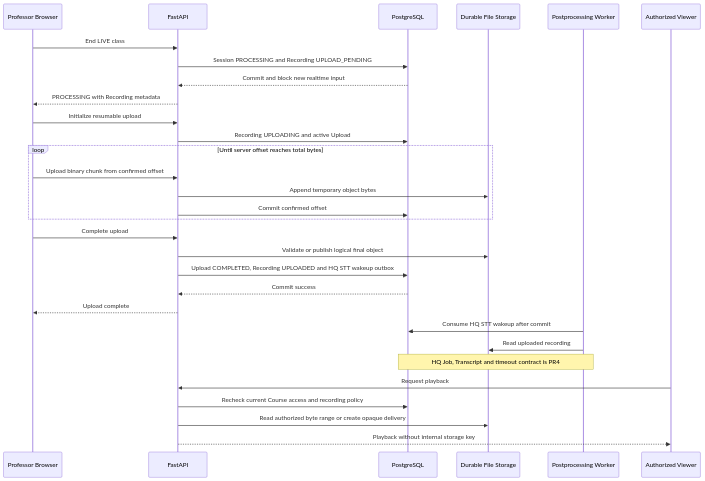
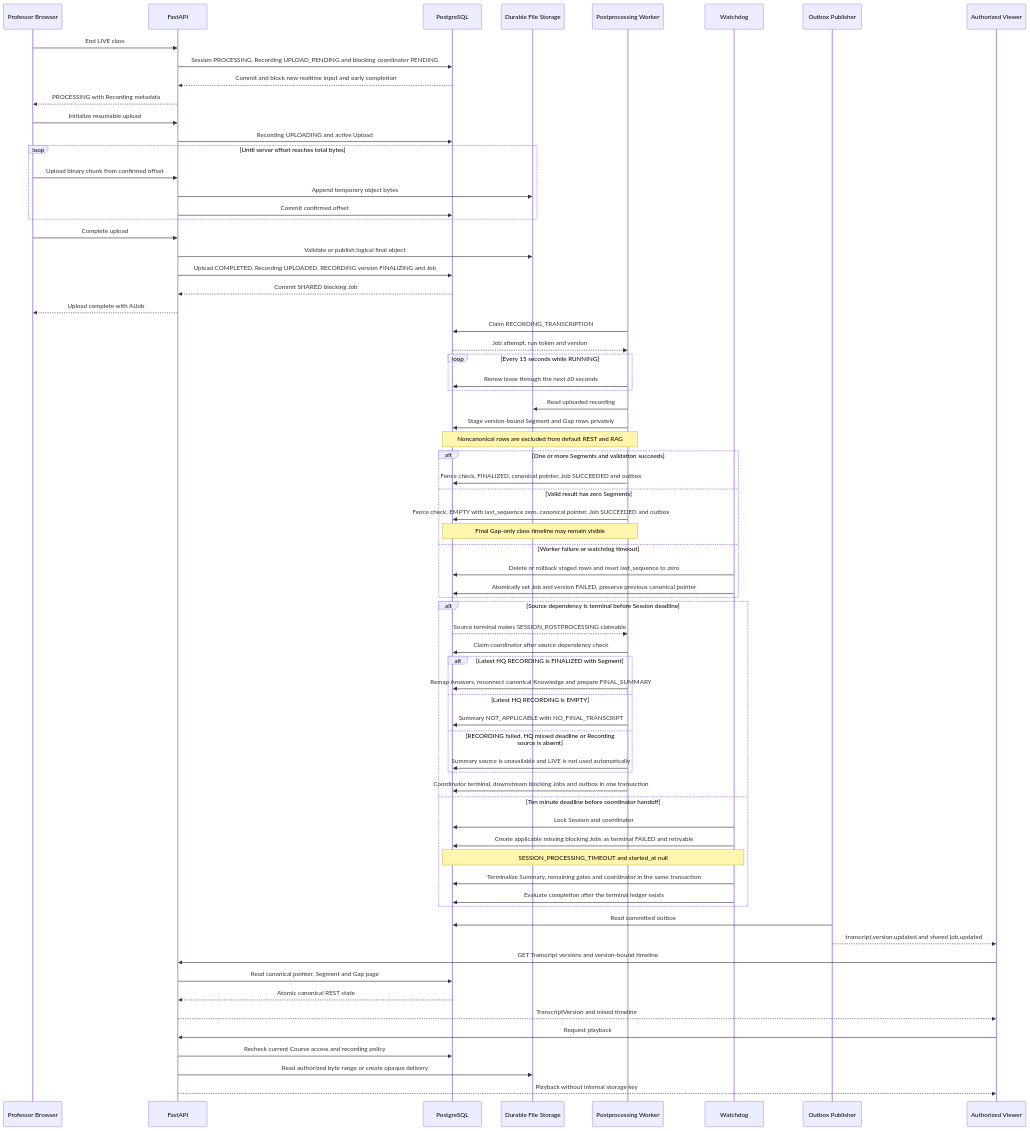
The fourth of 6 diagrams in docs/architecture/시스템구성도.md (madcamp-official/26s-w2-c2-08), drawn with Mermaid before and after one commit. The commit also changed other lines of this file and 1 other file, not shown here.

Commit message:
문서: 고품질 STT·watchdog와 부분 실패 완료 흐름 정리

````diff
--- a/docs/architecture/시스템구성도.md
+++ b/docs/architecture/시스템구성도.md
@@ -265,33 +282,73 @@
 ```mermaid
 sequenceDiagram
     participant professor as Professor Browser
     participant api as FastAPI
     participant database as PostgreSQL
     participant storage as Durable File Storage
     participant worker as Postprocessing Worker
+    participant watchdog as Watchdog
+    participant publisher as Outbox Publisher
     participant viewer as Authorized Viewer
 
     professor->>api: End LIVE class
-    api->>database: Session PROCESSING and Recording UPLOAD_PENDING
-    database-->>api: Commit and block new realtime input
+    api->>database: Session PROCESSING, Recording UPLOAD_PENDING and blocking coordinator PENDING
+    database-->>api: Commit and block new realtime input and early completion
     api-->>professor: PROCESSING with Recording metadata
     professor->>api: Initialize resumable upload
     api->>database: Recording UPLOADING and active Upload
     loop Until server offset reaches total bytes
         professor->>api: Upload binary chunk from confirmed offset
         api->>storage: Append temporary object bytes
         api->>database: Commit confirmed offset
     end
     professor->>api: Complete upload
     api->>storage: Validate or publish logical final object
-    api->>database: Upload COMPLETED, Recording UPLOADED and HQ STT wakeup outbox
-    database-->>api: Commit success
-    api-->>professor: Upload complete
-    worker->>database: Consume HQ STT wakeup after commit
+    api->>database: Upload COMPLETED, Recording UPLOADED, RECORDING version FINALIZING and Job
+    database-->>api: Commit SHARED blocking Job
+    api-->>professor: Upload complete with AIJob
+    worker->>database: Claim RECORDING_TRANSCRIPTION
+    database-->>worker: Job attempt, run token and version
+    loop Every 15 seconds while RUNNING
+        worker->>database: Renew lease through the next 60 seconds
+    end
     worker->>storage: Read uploaded recording
-    Note over worker,database: HQ Job, Transcript and timeout contract is PR4
+    worker->>database: Stage version-bound Segment and Gap rows privately
+    Note over worker,database: Noncanonical rows are excluded from default REST and RAG
+    alt One or more Segments and validation succeeds
+        worker->>database: Fence check, FINALIZED, canonical pointer, Job SUCCEEDED and outbox
+    else Valid result has zero Segments
+        worker->>database: Fence check, EMPTY with last_sequence zero, canonical pointer, Job SUCCEEDED and outbox
+        Note over worker,database: Final Gap-only class timeline may remain visible
+    else Worker failure or watchdog timeout
+        watchdog->>database: Delete or rollback staged rows and reset last_sequence to zero
+        watchdog->>database: Atomically set Job and version FAILED, preserve previous canonical pointer
+    end
+    alt Source dependency is terminal before Session deadline
+        database-->>worker: Source terminal makes SESSION_POSTPROCESSING claimable
+        worker->>database: Claim coordinator after source dependency check
+        alt Latest HQ RECORDING is FINALIZED with Segment
+            worker->>database: Remap Answers, reconnect canonical Knowledge and prepare FINAL_SUMMARY
+        else Latest HQ RECORDING is EMPTY
+            worker->>database: Summary NOT_APPLICABLE with NO_FINAL_TRANSCRIPT
+        else RECORDING failed, HQ missed deadline or Recording source is absent
+            worker->>database: Summary source is unavailable and LIVE is not used automatically
+        end
+        worker->>database: Coordinator terminal, downstream blocking Jobs and outbox in one transaction
+    else Ten minute deadline before coordinator handoff
+        watchdog->>database: Lock Session and coordinator
+        watchdog->>database: Create applicable missing blocking Jobs as terminal FAILED and retryable
+        Note over watchdog,database: SESSION_PROCESSING_TIMEOUT and started_at null
+        watchdog->>database: Terminalize Summary, remaining gates and coordinator in the same transaction
+        watchdog->>database: Evaluate completion after the terminal ledger exists
+    end
+    publisher->>database: Read committed outbox
+    publisher-->>viewer: transcript.version.updated and shared job.updated
+    viewer->>api: GET Transcript versions and version-bound timeline
+    api->>database: Read canonical pointer, Segment and Gap page
+    database-->>api: Atomic canonical REST state
+    api-->>viewer: TranscriptVersion and mixed timeline
     viewer->>api: Request playback
     api->>database: Recheck current Course access and recording policy
     api->>storage: Read authorized byte range or create opaque delivery
     api-->>viewer: Playback without internal storage key
 ```
````
